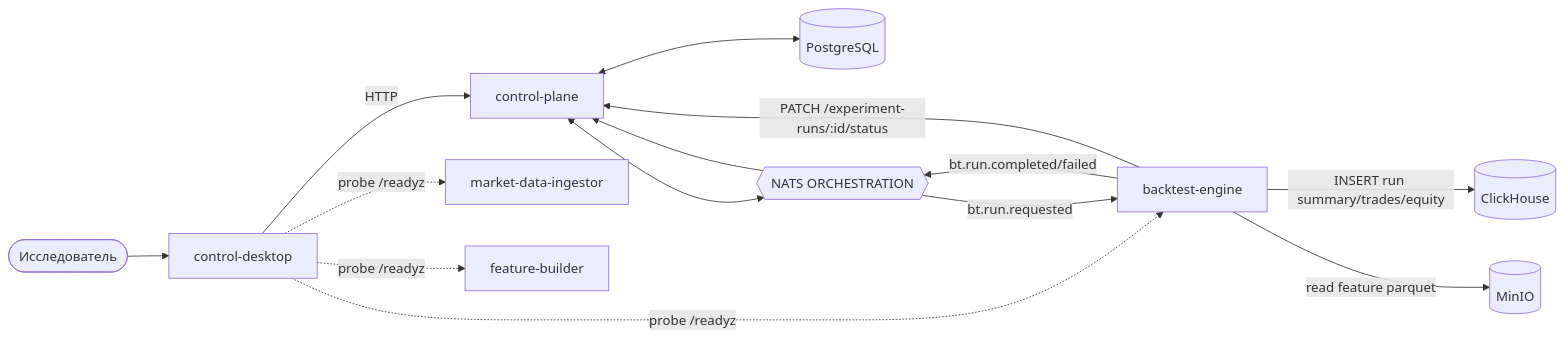
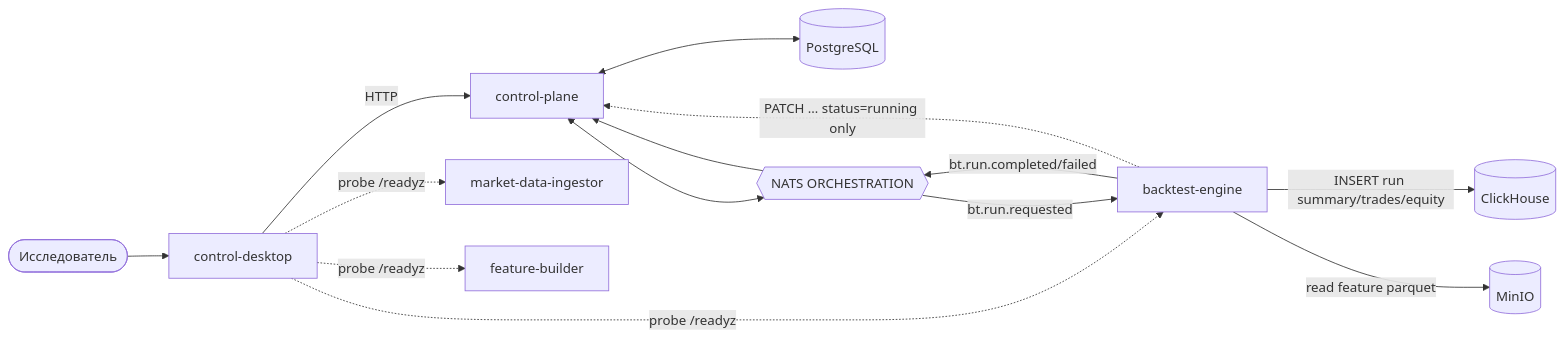
Before and after one commit to Algorhythm-LLC/Algorhythm: the first of 3 diagrams in docs/stages/stage-3-backtest-and-desktop.md, drawn with Mermaid. The commit also changed other lines of this file and 6 other files, not shown here.

````diff
--- a/docs/stages/stage-3-backtest-and-desktop.md
+++ b/docs/stages/stage-3-backtest-and-desktop.md
@@ -47,20 +47,20 @@
 ```mermaid
 flowchart LR
   user([Исследователь]) --> desktop[control-desktop]
 
   desktop -- HTTP --> cp[control-plane]
   desktop -. probe /readyz .-> mdi[market-data-ingestor]
   desktop -. probe /readyz .-> fb[feature-builder]
   desktop -. probe /readyz .-> bt[backtest-engine]
 
   cp <--> pg[(PostgreSQL)]
   cp <--> nats{{NATS ORCHESTRATION}}
 
   nats -- bt.run.requested --> bt
   bt -- bt.run.completed/failed --> nats
   nats --> cp
 
-  bt -- PATCH /experiment-runs/:id/status --> cp
+  bt -. PATCH … status=running only .-> cp
   bt -- INSERT run summary/trades/equity --> ch[(ClickHouse)]
   bt -- read feature parquet --> minio[(MinIO)]
 ```
````
